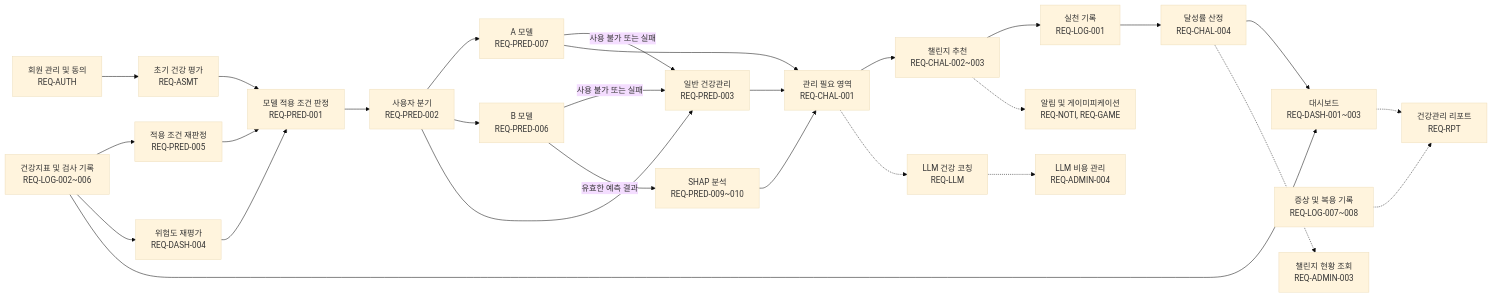
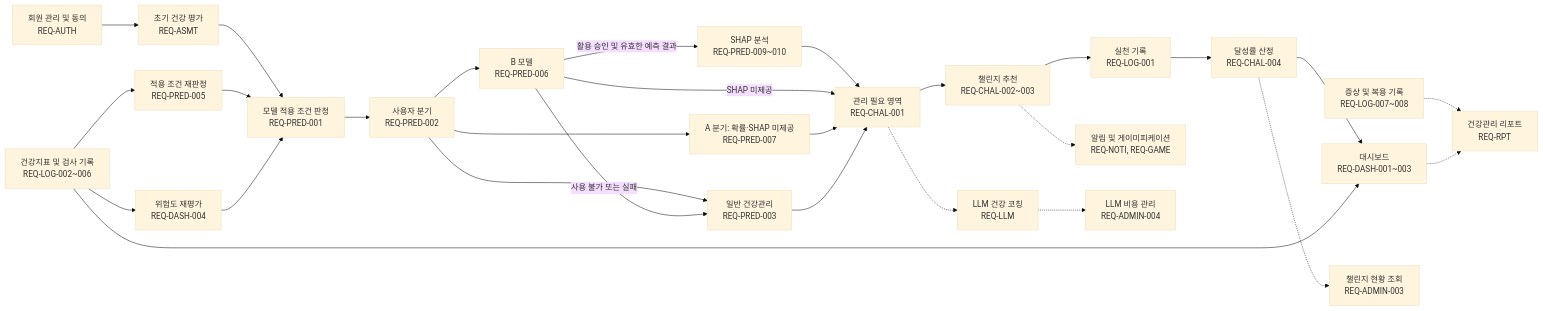
Before and after one commit to AI-HealthCare-07/welloop: the second of 2 diagrams in docs/planning/WELLOOP_요구사항정의서_v2.0.md, drawn with Mermaid (base theme). The commit also changed other lines of this file and 4 other files, not shown here.

````diff
--- a/docs/planning/WELLOOP_요구사항정의서_v2.0.md
+++ b/docs/planning/WELLOOP_요구사항정의서_v2.0.md
@@ -618,41 +607,30 @@
 ```mermaid
 flowchart LR
     AUTH["회원 관리 및 동의<br/>REQ-AUTH"] --> ASMT["초기 건강 평가<br/>REQ-ASMT"]
-
     ASMT --> ELIG["모델 적용 조건 판정<br/>REQ-PRED-001"]
     ELIG --> BRANCH["사용자 분기<br/>REQ-PRED-002"]
-
-    BRANCH --> A["A 모델<br/>REQ-PRED-007"]
+    BRANCH --> A["A 분기: 확률·SHAP 미제공<br/>REQ-PRED-007"]
     BRANCH --> B["B 모델<br/>REQ-PRED-006"]
     BRANCH --> GENERAL["일반 건강관리<br/>REQ-PRED-003"]
-
-    A -->|사용 불가 또는 실패| GENERAL
     B -->|사용 불가 또는 실패| GENERAL
-
-    B -->|유효한 예측 결과| SHAP["SHAP 분석<br/>REQ-PRED-009~010"]
-
-    SHAP --> AREA["관리 필요 영역<br/>REQ-CHAL-001"]
+    B -->|활용 승인 및 유효한 예측 결과| SHAP["SHAP 분석<br/>REQ-PRED-009~010"]
+    SHAP --> AREA
+    B -->|SHAP 미제공| AREA["관리 필요 영역<br/>REQ-CHAL-001"]
     A --> AREA
     GENERAL --> AREA
-
     AREA --> CHAL["챌린지 추천<br/>REQ-CHAL-002~003"]
     CHAL --> LOG1["실천 기록<br/>REQ-LOG-001"]
     LOG1 --> RATE["달성률 산정<br/>REQ-CHAL-004"]
-
     LOG2["건강지표 및 검사 기록<br/>REQ-LOG-002~006"] --> RECHECK["적용 조건 재판정<br/>REQ-PRED-005"]
     RECHECK --> ELIG
-
     LOG2 --> REEVAL["위험도 재평가<br/>REQ-DASH-004"]
     REEVAL --> ELIG
-
     RATE --> DASH["대시보드<br/>REQ-DASH-001~003"]
     LOG2 --> DASH
     LOG3["증상 및 복용 기록<br/>REQ-LOG-007~008"] -.-> REPORT["건강관리 리포트<br/>REQ-RPT"]
     DASH -.-> REPORT
-
     CHAL -.-> NOTI["알림 및 게이미피케이션<br/>REQ-NOTI, REQ-GAME"]
-
     AREA -.-> LLM["LLM 건강 코칭<br/>REQ-LLM"]
     LLM -.-> ADMIN4["LLM 비용 관리<br/>REQ-ADMIN-004"]
     RATE -.-> ADMIN3["챌린지 현황 조회<br/>REQ-ADMIN-003"]
 ```
````
